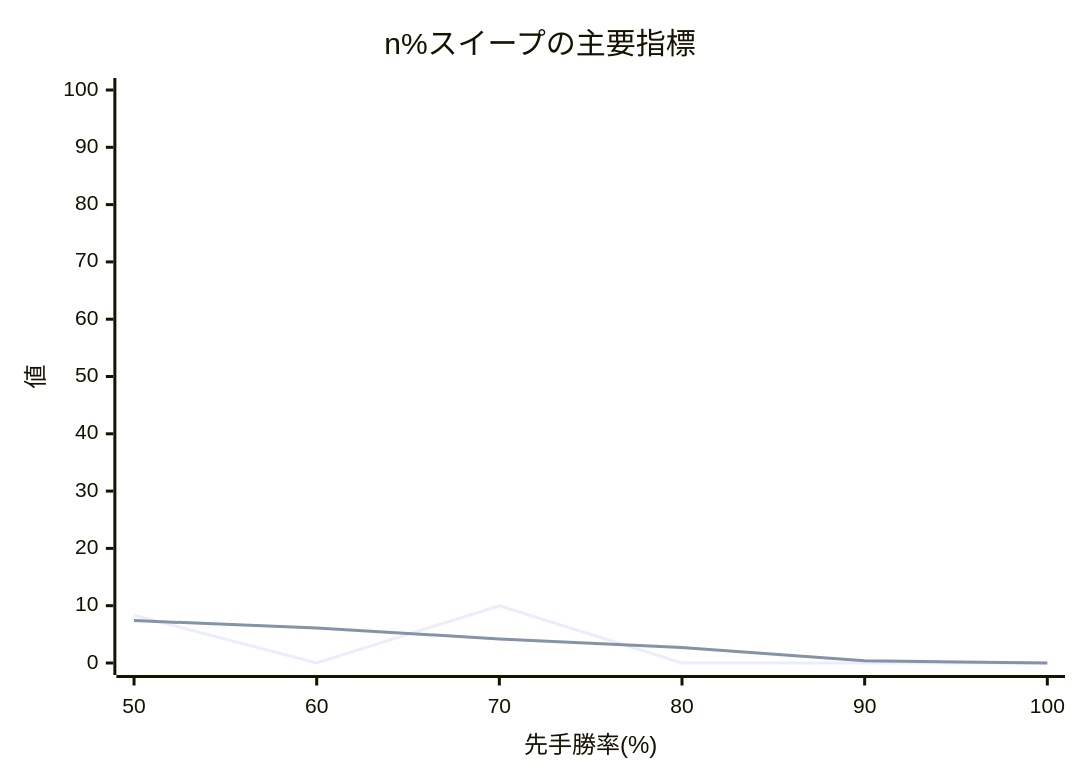
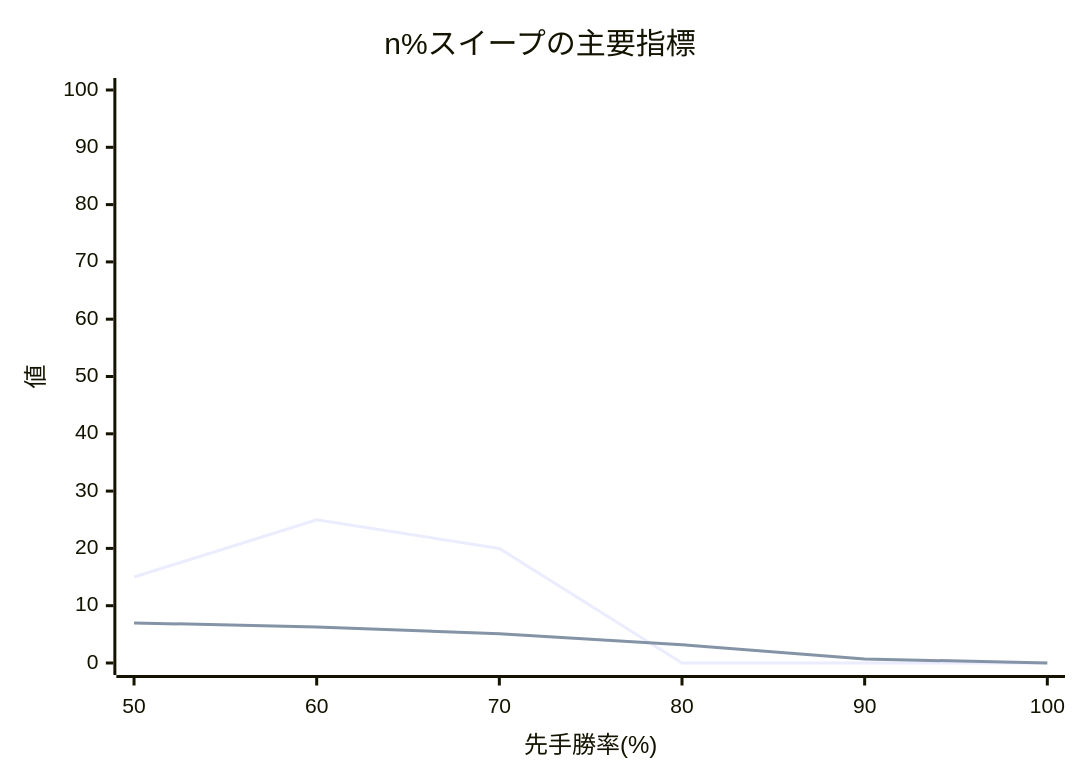
One commit to muzudho/ShogiTournamentSystemAnalyzer changed the diagram in Output/Reports/twill_[先手8x後手8]_50to100_smoke10_quality_sweep.md. Above: the diagram before and after it, drawn with Mermaid. The commit also changed other lines of this file and 21 other files, not shown here.

````diff
--- a/Output/Reports/twill_[先手8x後手8]_50to100_smoke10_quality_sweep.md
+++ b/Output/Reports/twill_[先手8x後手8]_50to100_smoke10_quality_sweep.md
@@ -24,8 +24,8 @@
 ```mermaid
 xychart-beta
     title "n%スイープの主要指標"
     x-axis "先手勝率(%)" [50, 60, 70, 80, 90, 100]
     y-axis "値" 0 --> 100
-    line "Elo1位の総合1位確率(%)" [8.33, 0.00, 10.00, 0.00, 0.00, 0.00]
-    line "Elo上位8名残留" [7.40, 6.10, 4.20, 2.70, 0.40, 0.00]
+    line "Elo1位の総合1位確率(%)" [15.00, 25.00, 20.00, 0.00, 0.00, 0.00]
+    line "Elo上位8名残留" [7.00, 6.30, 5.10, 3.20, 0.70, 0.00]
 ```
````
